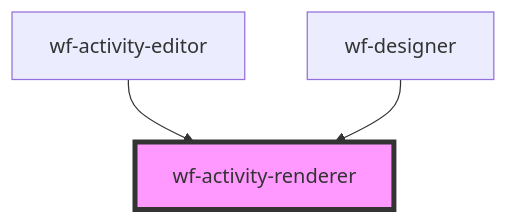
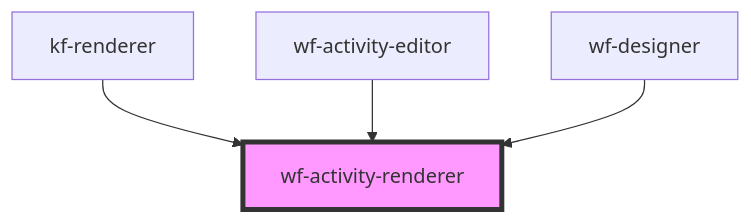
The diagram in src/components/workflow-designer/activity-renderer/readme.md (Hungerarray/karyaflow-designer), drawn with Mermaid before and after one commit. The commit also changed other lines of this file and 3 other files, not shown here.

````diff
--- a/src/components/workflow-designer/activity-renderer/readme.md
+++ b/src/components/workflow-designer/activity-renderer/readme.md
@@ -38,6 +39,7 @@
 ```mermaid
 graph TD;
+  kf-renderer --> wf-activity-renderer
   wf-activity-editor --> wf-activity-renderer
   wf-designer --> wf-activity-renderer
   style wf-activity-renderer fill:#f9f,stroke:#333,stroke-width:4px
 ```
````
